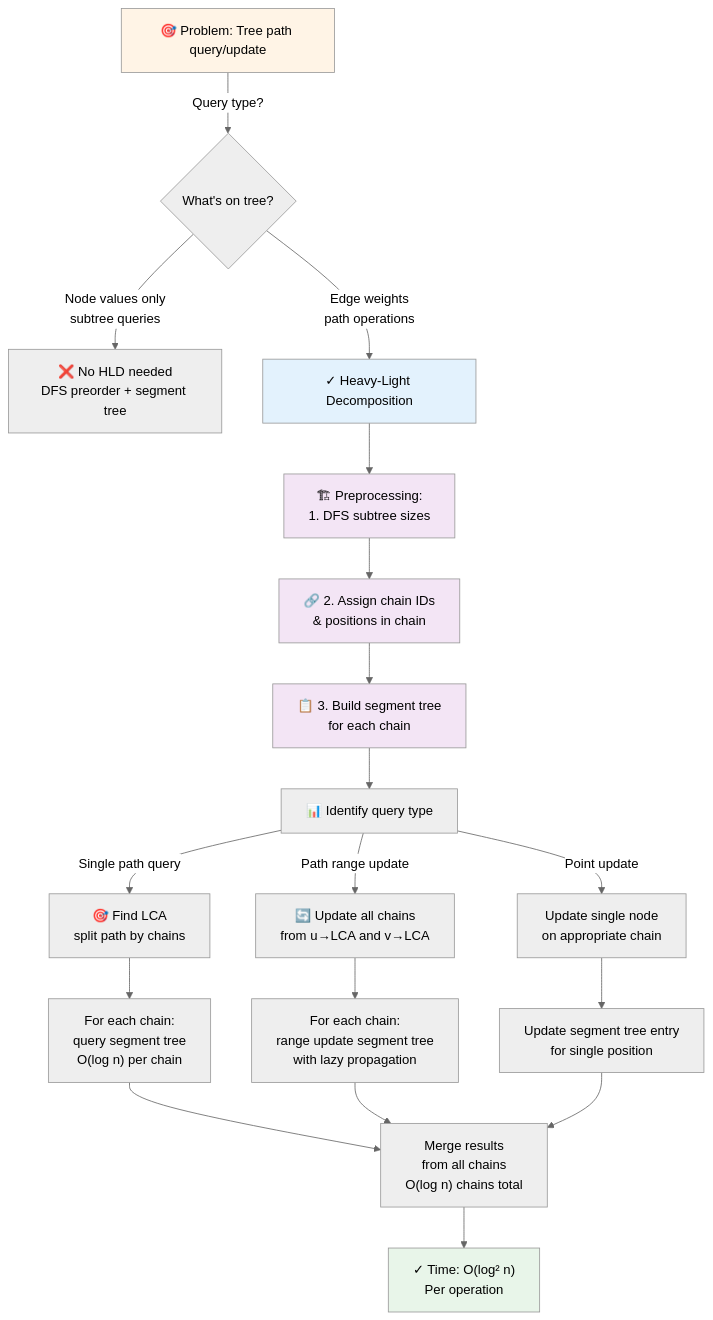
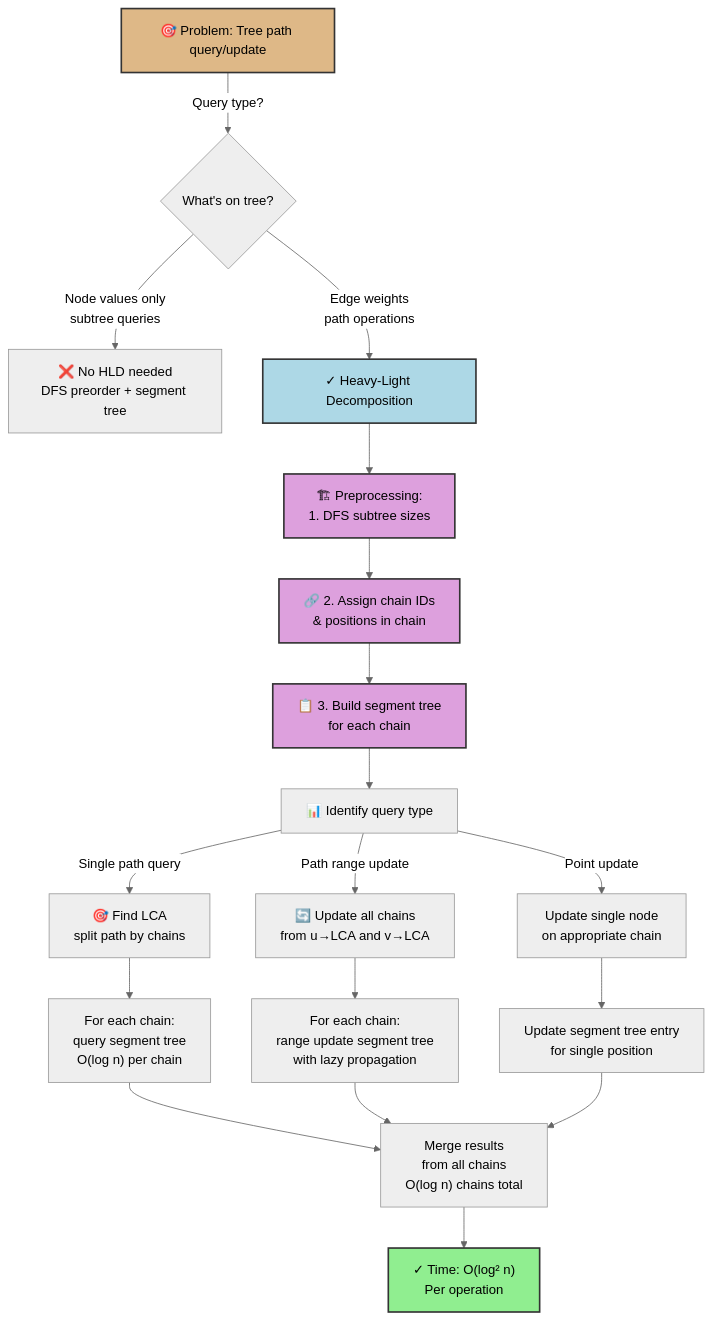
Before and after one commit to souradeepta/interviewprep: the first of 4 diagrams in docs/advanced_ds/heavy_light_decomposition.md, drawn with Mermaid (neutral theme). The commit also changed other lines of this file and 31 other files, not shown here.

Commit message:
updated graphs

````diff
--- a/docs/advanced_ds/heavy_light_decomposition.md
+++ b/docs/advanced_ds/heavy_light_decomposition.md
@@ -90,27 +90,27 @@
 ```mermaid
 flowchart TD
     A["🎯 Problem: Tree path query/update"] -->|Query type?| B{What's on tree?}
     B -->|Node values only<br/>subtree queries| C["❌ No HLD needed<br/>DFS preorder + segment tree"]
     B -->|Edge weights<br/>path operations| D["✓ Heavy-Light Decomposition"]
     D --> E["🏗 Preprocessing:<br/>1. DFS subtree sizes"]
     E --> F["🔗 2. Assign chain IDs<br/>& positions in chain"]
     F --> G["📋 3. Build segment tree<br/>for each chain"]
     G --> H["📊 Identify query type"]
     H -->|Single path query| I["🎯 Find LCA<br/>split path by chains"]
     H -->|Path range update| J["🔄 Update all chains<br/>from u→LCA and v→LCA"]
     H -->|Point update| K["Update single node<br/>on appropriate chain"]
     I --> L["For each chain:<br/>query segment tree<br/>O(log n) per chain"]
     J --> M["For each chain:<br/>range update segment tree<br/>with lazy propagation"]
     K --> N["Update segment tree entry<br/>for single position"]
     L --> O["Merge results<br/>from all chains<br/>O(log n) chains total"]
     M --> O
     N --> O
     O --> P["✓ Time: O(log² n)<br/>Per operation"]
     
-    style A fill:#fff4e6
-    style D fill:#e3f2fd
-    style E fill:#f3e5f5
-    style F fill:#f3e5f5
-    style G fill:#f3e5f5
-    style P fill:#e8f5e9
+    style A fill:#deb887,color:#000,stroke:#333,stroke-width:2px
+    style D fill:#add8e6,color:#000,stroke:#333,stroke-width:2px
+    style E fill:#dda0dd,color:#000,stroke:#333,stroke-width:2px
+    style F fill:#dda0dd,color:#000,stroke:#333,stroke-width:2px
+    style G fill:#dda0dd,color:#000,stroke:#333,stroke-width:2px
+    style P fill:#90ee90,color:#000,stroke:#333,stroke-width:2px
 ```
````
